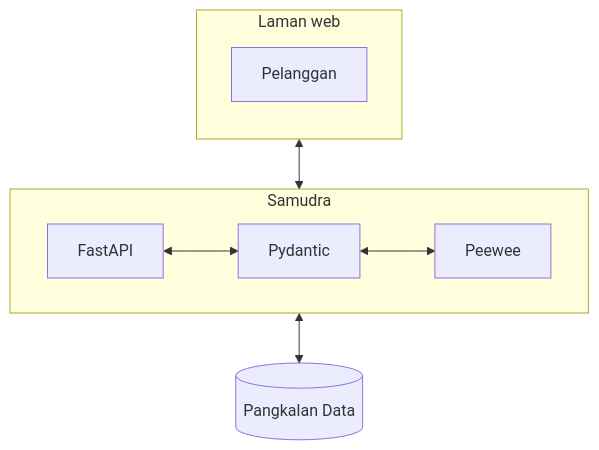
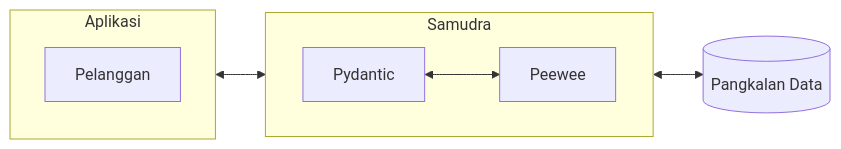
The diagram in docs/teras.md (samudradev/samudra), drawn with Mermaid before and after one commit. The commit also changed other lines of this file and 26 other files, not shown here.

````diff
--- a/docs/teras.md
+++ b/docs/teras.md
@@ -18,19 +15,17 @@
 ```mermaid
-flowchart TB
+flowchart LR
 subgraph APP ["Samudra"]
     direction LR
     PW[Peewee]
     PYD[Pydantic]
-    FAST[FastAPI]
 end
-subgraph WEB ["Laman web"]
+subgraph WEB ["Aplikasi"]
    direction TB
    CLIENT[Pelanggan]
 end
 SQL_DB[(Pangkalan Data)]
 
 PYD <--> PW
-FAST <--> PYD
 PW <--> SQL_DB
-CLIENT <--> FAST
+CLIENT <--> PYD
 ```
````
